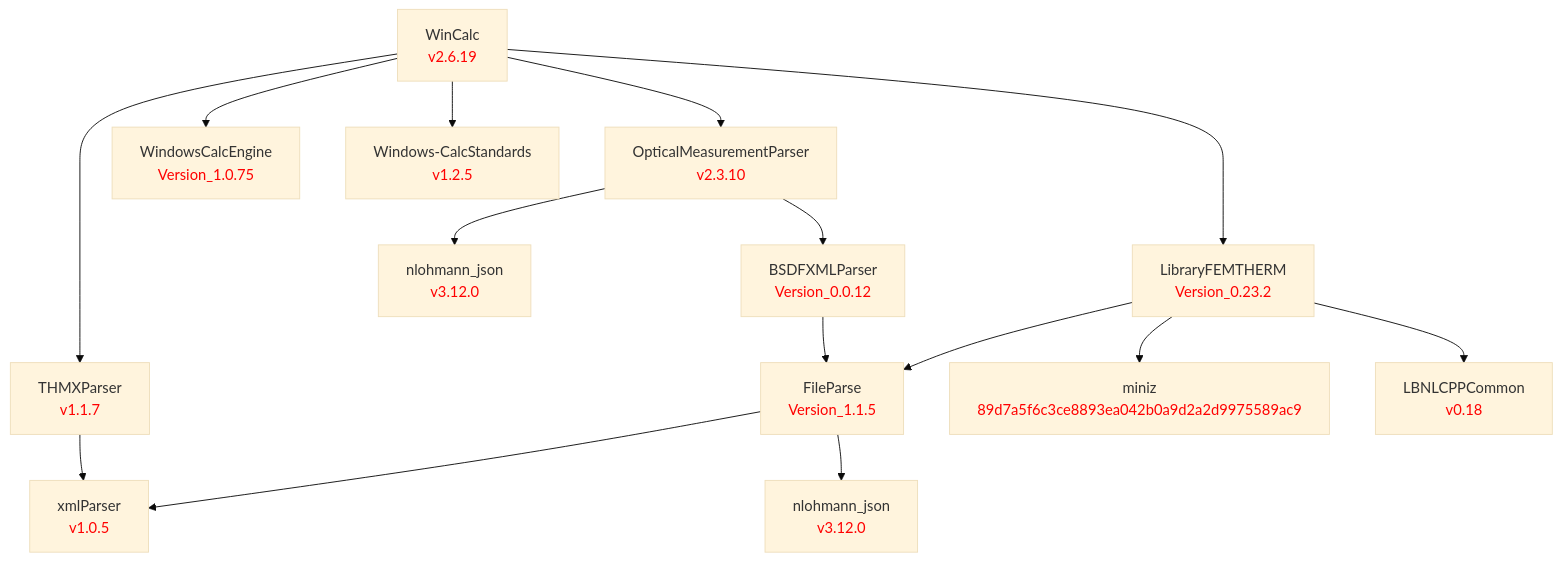
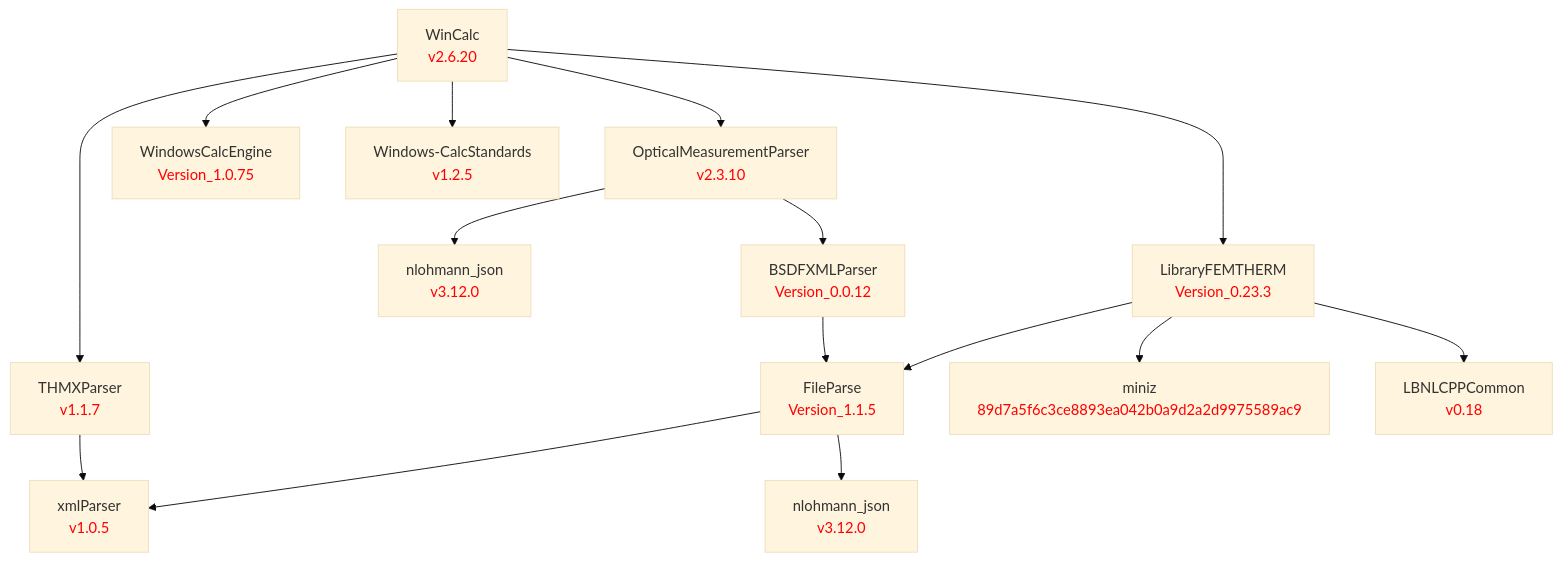
Before and after one commit to LBNL-ETA/WinCalc: the diagram in doc/WinCalc.md, drawn with Mermaid (base theme). The commit also changed 1 other file, not shown here.

Commit message:
Bump to v2.6.20; LibraryFEMTherm Version_0.23.2 -> Version_0.23.3

````diff
--- a/doc/WinCalc.md
+++ b/doc/WinCalc.md
@@ -1,49 +1,49 @@
 ```mermaid
 graph TD
     %% Level 0
-    WinCalc[WinCalc<br/><font color='red'>v2.6.19</font>]
+    WinCalc[WinCalc<br/><font color='red'>v2.6.20</font>]
 
     %% Level 1 - direct dependencies
     OpticalMeasurementParser[OpticalMeasurementParser<br/><font color='red'>v2.3.10</font>]
     THMXParser[THMXParser<br/><font color='red'>v1.1.7</font>]
     WindowsCalcEngine[WindowsCalcEngine<br/><font color='red'>Version_1.0.75</font>]
     Windows-CalcStandards[Windows-CalcStandards<br/><font color='red'>v1.2.5</font>]
-    LibraryFEMTHERM[LibraryFEMTHERM<br/><font color='red'>Version_0.23.2</font>]
+    LibraryFEMTHERM[LibraryFEMTHERM<br/><font color='red'>Version_0.23.3</font>]
 
     %% Level 2
     nlohmann_omp[nlohmann_json<br/><font color='red'>v3.12.0</font>]
     BSDFXMLParser[BSDFXMLParser<br/><font color='red'>Version_0.0.12</font>]
     FileParse[FileParse<br/><font color='red'>Version_1.1.5</font>]
     miniz[miniz<br/><font color='red'>89d7a5f6c3ce8893ea042b0a9d2a2d9975589ac9</font>]
     LBNLCPPCommon[LBNLCPPCommon<br/><font color='red'>v0.18</font>]
 
     %% Level 3
     xmlParser[xmlParser<br/><font color='red'>v1.0.5</font>]
     nlohmann_fp[nlohmann_json<br/><font color='red'>v3.12.0</font>]
 
     %% WinCalc dependencies
     WinCalc --> OpticalMeasurementParser
     WinCalc --> THMXParser
     WinCalc --> WindowsCalcEngine
     WinCalc --> Windows-CalcStandards
     WinCalc --> LibraryFEMTHERM
 
     %% OpticalMeasurementParser dependencies
     OpticalMeasurementParser --> nlohmann_omp
     OpticalMeasurementParser --> BSDFXMLParser
 
     %% LibraryFEMTHERM dependencies
     LibraryFEMTHERM --> FileParse
     LibraryFEMTHERM --> miniz
     LibraryFEMTHERM --> LBNLCPPCommon
 
     %% BSDFXMLParser dependencies
     BSDFXMLParser --> FileParse
 
     %% FileParse dependencies
     FileParse --> xmlParser
     FileParse --> nlohmann_fp
 
     %% THMXParser dependencies
     THMXParser --> xmlParser
 ```
````
